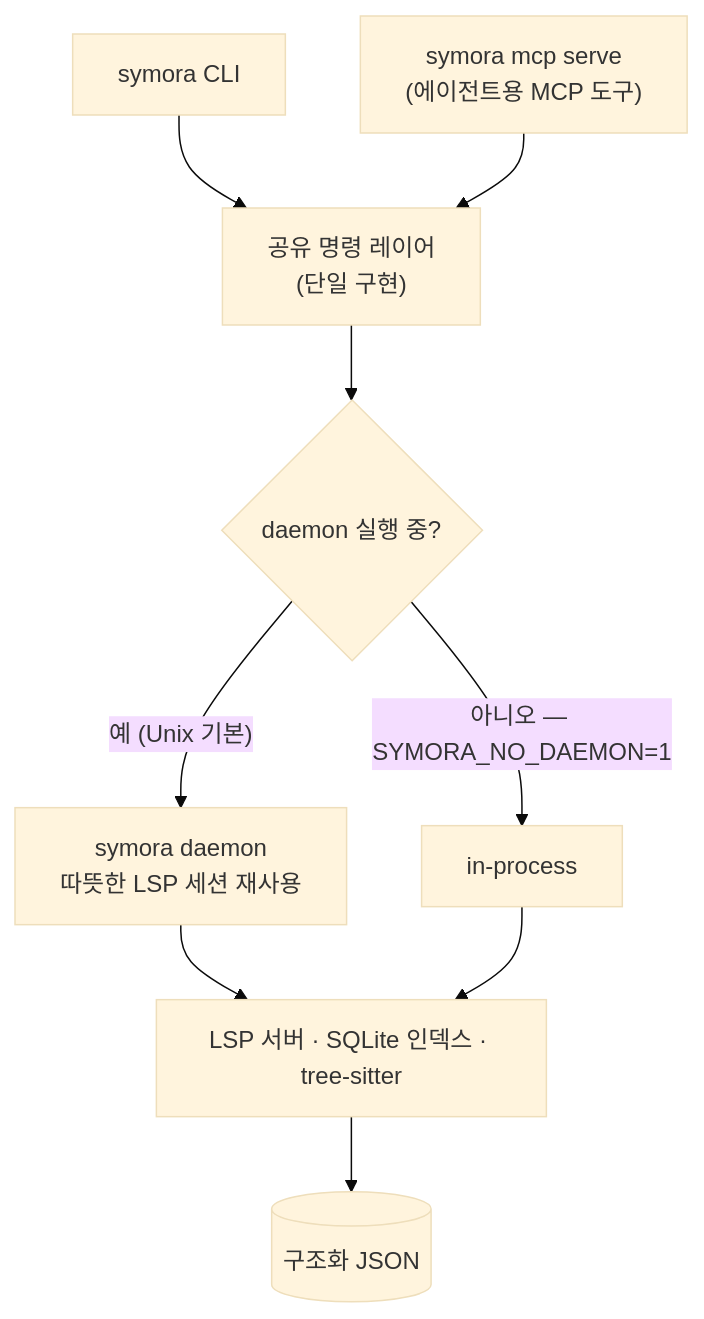
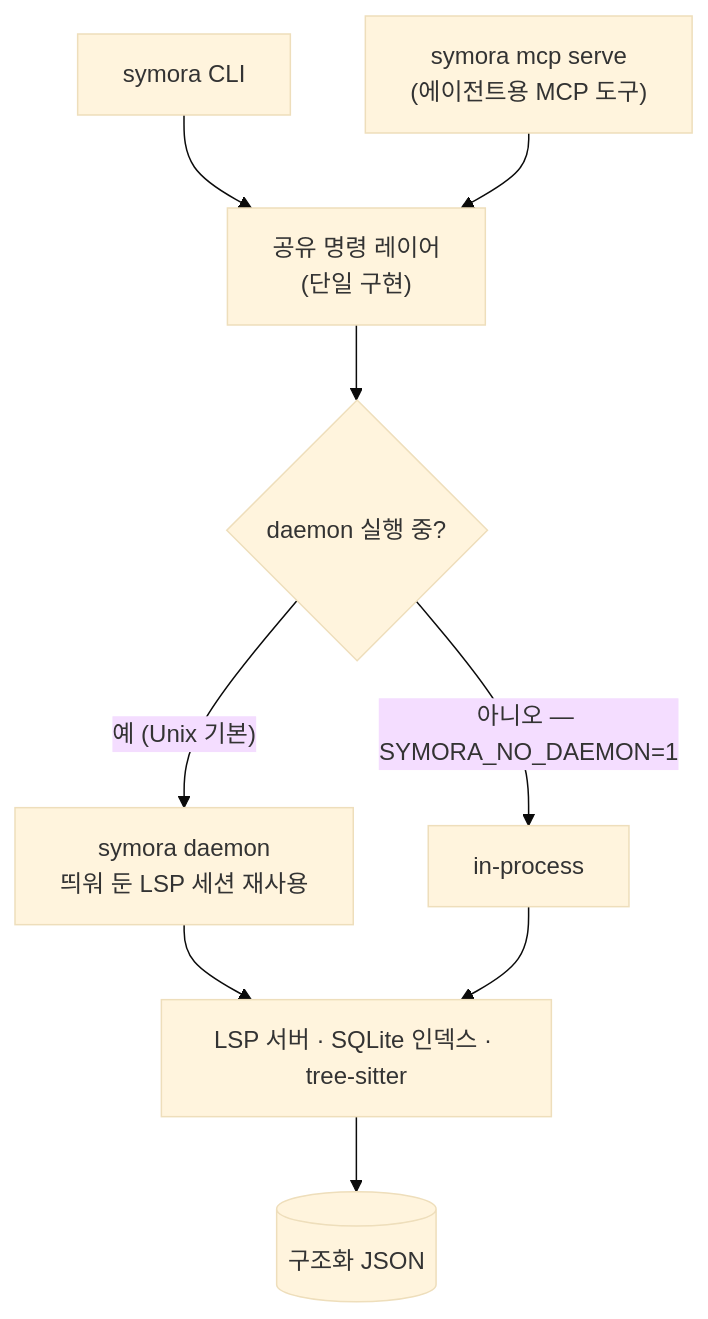
One commit to junyeong-ai/symora changed the first of 2 diagrams in README.md. Above: the diagram before and after it, drawn with Mermaid (base theme). The commit also changed other lines of this file and 8 other files, not shown here.

````diff
--- a/README.md
+++ b/README.md
@@ -76,11 +76,11 @@
 ```mermaid
 flowchart TD
     A["symora CLI"] --> C["공유 명령 레이어<br/>(단일 구현)"]
     B["symora mcp serve<br/>(에이전트용 MCP 도구)"] --> C
     C --> D{"daemon 실행 중?"}
-    D -->|"예 (Unix 기본)"| E["symora daemon<br/>따뜻한 LSP 세션 재사용"]
+    D -->|"예 (Unix 기본)"| E["symora daemon<br/>띄워 둔 LSP 세션 재사용"]
     D -->|"아니오 — SYMORA_NO_DAEMON=1"| F["in-process"]
     E --> G
     F --> G["LSP 서버 · SQLite 인덱스 · tree-sitter"]
     G --> H[("구조화 JSON")]
 ```
````
